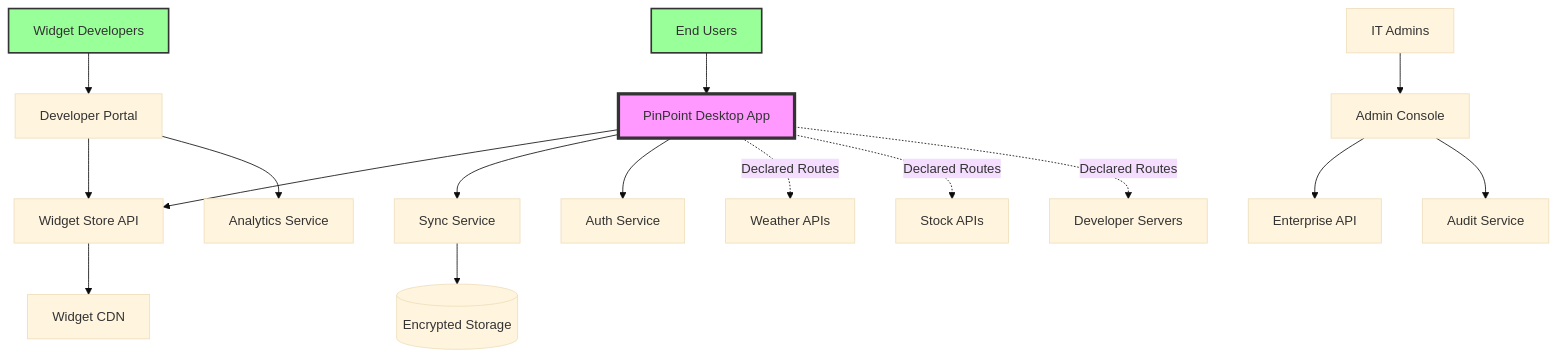
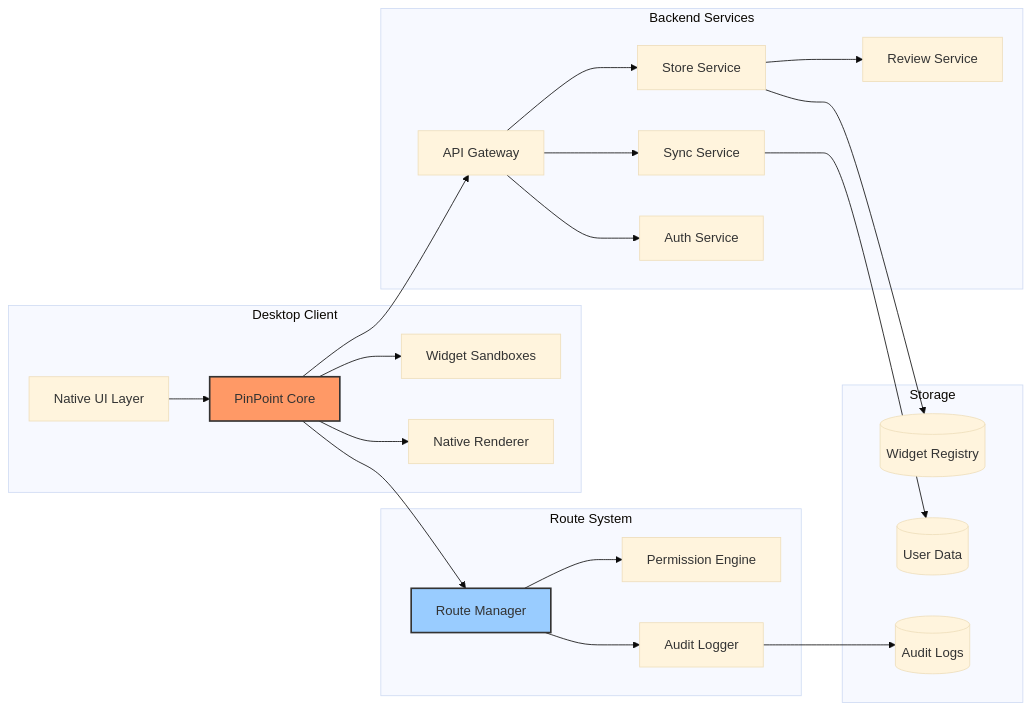
Before and after one commit to phan28395/PinpointApp: the second of 3 diagrams in SAP_Pinpoint.md, drawn with Mermaid (base theme). The commit also changed other lines of this file, not shown here.

````diff
--- a/SAP_Pinpoint.md
+++ b/SAP_Pinpoint.md
@@ -434,27 +435,50 @@
 ```mermaid
-graph TB
-    Users[End Users] --> PinPoint[PinPoint Desktop App]
-    Developers[Widget Developers] --> DevPortal[Developer Portal]
-    Admins[IT Admins] --> AdminPortal[Admin Console]
+graph LR
+    subgraph "Desktop Client"
+        UI[Native UI Layer]
+        Core[PinPoint Core]
+        Sandbox[Widget Sandboxes]
+        Renderer[Native Renderer]
+    end
     
-    PinPoint --> WidgetStore[Widget Store API]
-    PinPoint --> SyncService[Sync Service]
-    PinPoint --> AuthService[Auth Service]
+    subgraph "Route System"
+        RouteManager[Route Manager]
+        PermissionEngine[Permission Engine]
+        AuditLogger[Audit Logger]
+    end
     
-    DevPortal --> WidgetStore
-    DevPortal --> Analytics[Analytics Service]
+    subgraph "Backend Services"
+        Gateway[API Gateway]
+        Store[Store Service]
+        Sync[Sync Service]
+        Auth[Auth Service]
+        Review[Review Service]
+    end
     
-    AdminPortal --> Enterprise[Enterprise API]
-    AdminPortal --> AuditService[Audit Service]
+    subgraph "Storage"
+        WidgetDB[(Widget Registry)]
+        UserDB[(User Data)]
+        AuditDB[(Audit Logs)]
+    end
     
-    PinPoint -.->|Declared Routes| WeatherAPI[Weather APIs]
-    PinPoint -.->|Declared Routes| StockAPI[Stock APIs]
-    PinPoint -.->|Declared Routes| DevServers[Developer Servers]
+    UI --> Core
+    Core --> Sandbox
+    Core --> Renderer
+    Core --> RouteManager
     
-    WidgetStore --> CDN[Widget CDN]
-    SyncService --> CloudStorage[(Encrypted Storage)]
+    RouteManager --> PermissionEngine
+    RouteManager --> AuditLogger
     
-    style PinPoint fill:#f9f,stroke:#333,stroke-width:4px
-    style Users fill:#9f9,stroke:#333,stroke-width:2px
-    style Developers fill:#9f9,stroke:#333,stroke-width:2px
+    Core --> Gateway
+    Gateway --> Store
+    Gateway --> Sync
+    Gateway --> Auth
+    
+    Store --> Review
+    Store --> WidgetDB
+    Sync --> UserDB
+    AuditLogger --> AuditDB
+    
+    style Core fill:#f96,stroke:#333,stroke-width:2px
+    style RouteManager fill:#9cf,stroke:#333,stroke-width:2px
 ```
````
